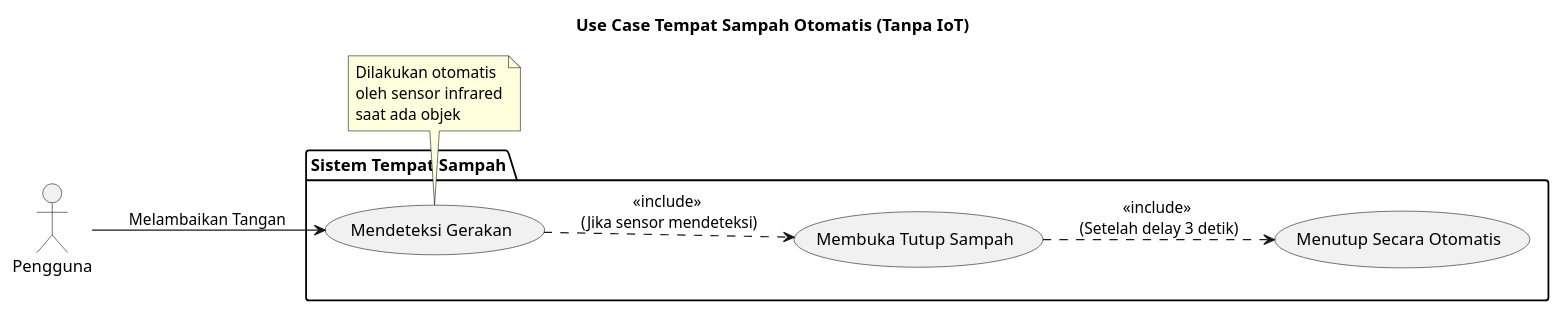
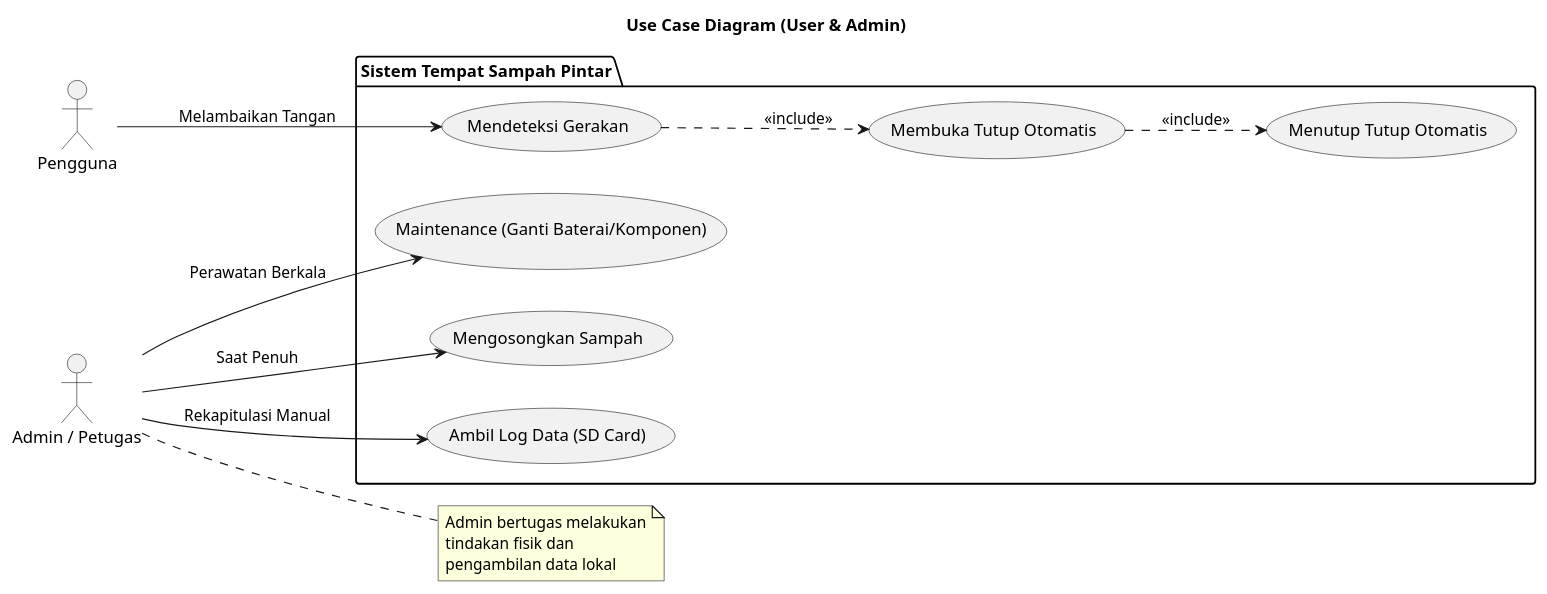
One commit to C-PPAW-TI503P-2025/PROJECT_KELOMPOK-2_INFRARED changed the diagram in diagram/usecase.puml. Above: the diagram before and after it, drawn with PlantUML.

Commit message:
update use case

```diff
--- a/diagram/usecase.puml
+++ b/diagram/usecase.puml
@@ -1,26 +1,34 @@
 @startuml
 left to right direction
-title Use Case Tempat Sampah Otomatis (Tanpa IoT)
+title Use Case Diagram (User & Admin)
 
 actor "Pengguna" as User
+actor "Admin / Petugas" as Admin
 
-package "Sistem Tempat Sampah" {
+package "Sistem Tempat Sampah Pintar" {
   usecase "Mendeteksi Gerakan" as UC1
-  usecase "Membuka Tutup Sampah" as UC2
-  usecase "Menutup Secara Otomatis" as UC3
+  usecase "Membuka Tutup Otomatis" as UC2
+  usecase "Menutup Tutup Otomatis" as UC3
+  
+  usecase "Maintenance (Ganti Baterai/Komponen)" as UC4
+  usecase "Mengosongkan Sampah" as UC5
+  usecase "Ambil Log Data (SD Card)" as UC6
 }
 
-' Hubungan Actor dengan Use Case
+' Alur Pengguna
 User --> UC1 : Melambaikan Tangan
+UC1 ..> UC2 : <<include>>
+UC2 ..> UC3 : <<include>>
 
-' Hubungan antar Use Case (Include berarti prosesnya berurutan otomatis)
-UC1 ..> UC2 : <<include>> \n(Jika sensor mendeteksi)
-UC2 ..> UC3 : <<include>> \n(Setelah delay 3 detik)
+' Alur Admin
+Admin --> UC4 : Perawatan Berkala
+Admin --> UC5 : Saat Penuh
+Admin --> UC6 : Rekapitulasi Manual
 
-note bottom of UC1
-  Dilakukan otomatis
-  oleh sensor infrared
-  saat ada objek
+note right of Admin
+  Admin bertugas melakukan
+  tindakan fisik dan
+  pengambilan data lokal
 end note
 
 @enduml
```
